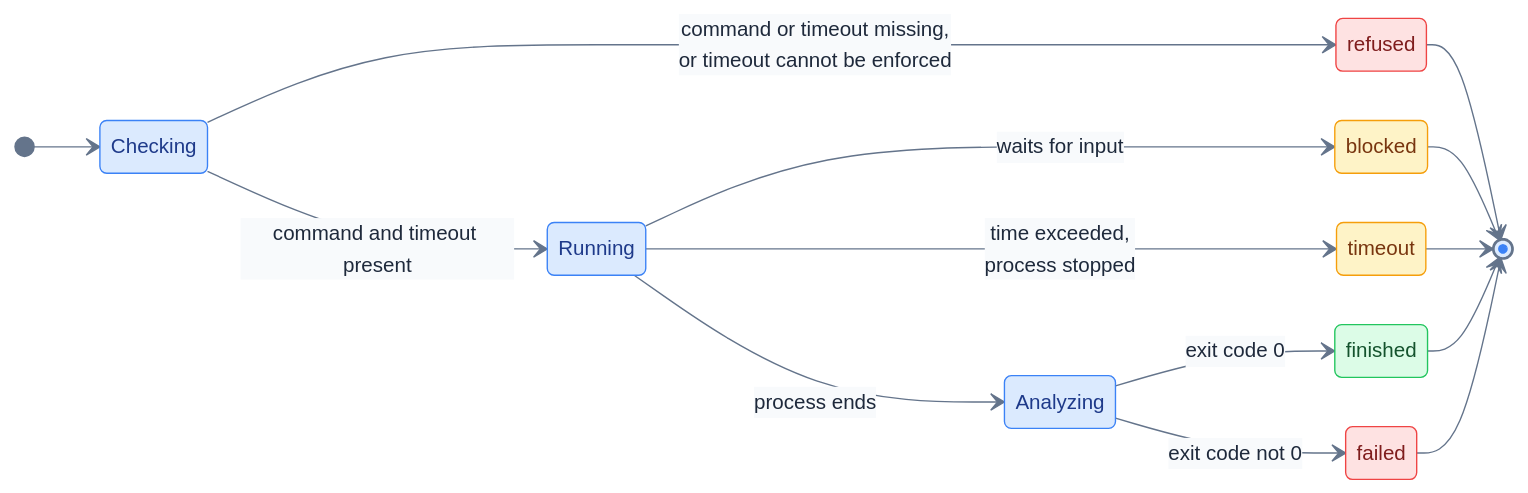
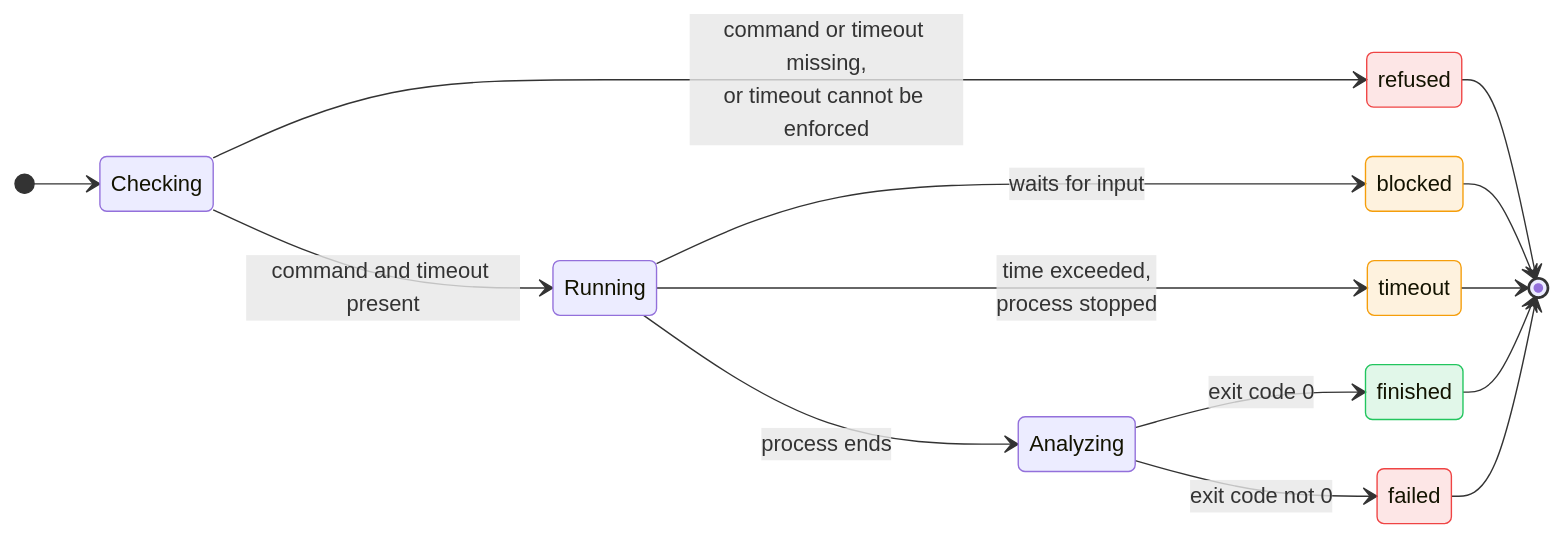
One commit to HW-Agents-Forge/general-agents changed the second of 2 diagrams in docs/agents-catalog.md. Above: the diagram before and after it, drawn with Mermaid. The commit also changed other lines of this file and 9 other files, not shown here.

First line of the commit message:
Make the Mermaid diagrams transparent and theme-aware

````diff
--- a/docs/agents-catalog.md
+++ b/docs/agents-catalog.md
@@ -68,24 +68,24 @@
 ```mermaid
-%%{init: {"theme":"base","themeVariables":{"fontFamily":"ui-sans-serif, system-ui, -apple-system, Segoe UI, Helvetica, Arial, sans-serif","fontSize":"15px","textColor":"#1e293b","lineColor":"#64748b","primaryColor":"#dbeafe","primaryBorderColor":"#3b82f6","primaryTextColor":"#1e3a8a","secondaryColor":"#ede9fe","tertiaryColor":"#f8fafc","edgeLabelBackground":"#f8fafc","clusterBkg":"#f8fafc","clusterBorder":"#cbd5e1","titleColor":"#334155"},"flowchart":{"curve":"basis","padding":14,"nodeSpacing":36,"rankSpacing":48,"htmlLabels":true}}}%%
+%%{init: {"flowchart":{"curve":"basis","padding":14,"nodeSpacing":36,"rankSpacing":48}}}%%
 stateDiagram-v2
     direction LR
     [*] --> Checking
     Checking --> refused: command or timeout missing,<br/>or timeout cannot be enforced
     Checking --> Running: command and timeout present
     Running --> blocked: waits for input
     Running --> timeout: time exceeded,<br/>process stopped
     Running --> Analyzing: process ends
     Analyzing --> finished: exit code 0
     Analyzing --> failed: exit code not 0
     refused --> [*]
     blocked --> [*]
     timeout --> [*]
     finished --> [*]
     failed --> [*]
-    classDef ok fill:#dcfce7,stroke:#22c55e,color:#14532d
-    classDef ko fill:#fee2e2,stroke:#ef4444,color:#7f1d1d
-    classDef warn fill:#fef3c7,stroke:#f59e0b,color:#78350f
+    classDef ok fill:#22c55e22,stroke:#22c55e
+    classDef ko fill:#ef444422,stroke:#ef4444
+    classDef warn fill:#f59e0b22,stroke:#f59e0b
     class finished ok
     class failed,refused ko
     class blocked,timeout warn
 ```
````
